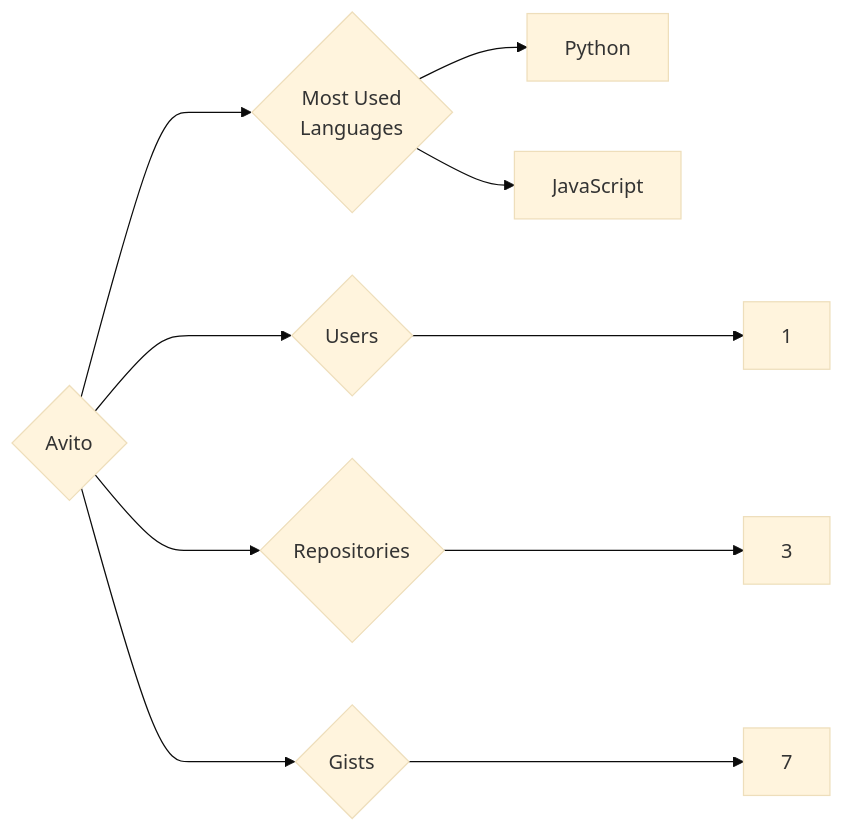
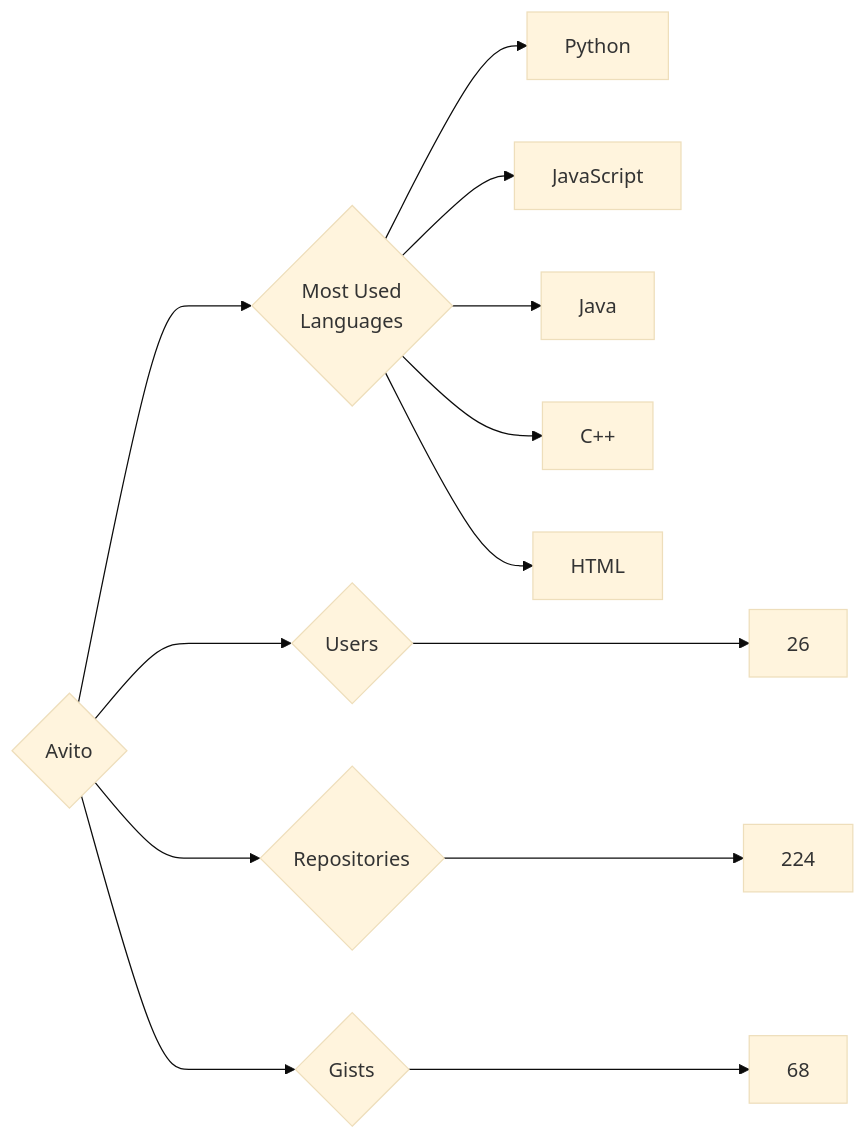
Before and after one commit to trickest/insiders: the diagram in targets/Avito/README.md, drawn with Mermaid (base theme). The commit also changed 682 other files, not shown here.

````diff
--- a/targets/Avito/README.md
+++ b/targets/Avito/README.md
@@ -3,10 +3,13 @@
 ```mermaid
 graph LR
 COMPANY_NAME{Avito}
-COMPANY_NAME ---> U{Users} ---> UN[1]
-COMPANY_NAME ---> R{Repositories} ---> RN[3]
-COMPANY_NAME ---> G{Gists} ---> GN[7]
+COMPANY_NAME ---> U{Users} ---> UN[26]
+COMPANY_NAME ---> R{Repositories} ---> RN[224]
+COMPANY_NAME ---> G{Gists} ---> GN[68]
 COMPANY_NAME ---> ML{Most Used<br>Languages}
 ML --> Python[Python]
 ML --> JavaScript[JavaScript]
+ML --> Java[Java]
+ML --> C++[C++]
+ML --> HTML[HTML]
 ```
````
